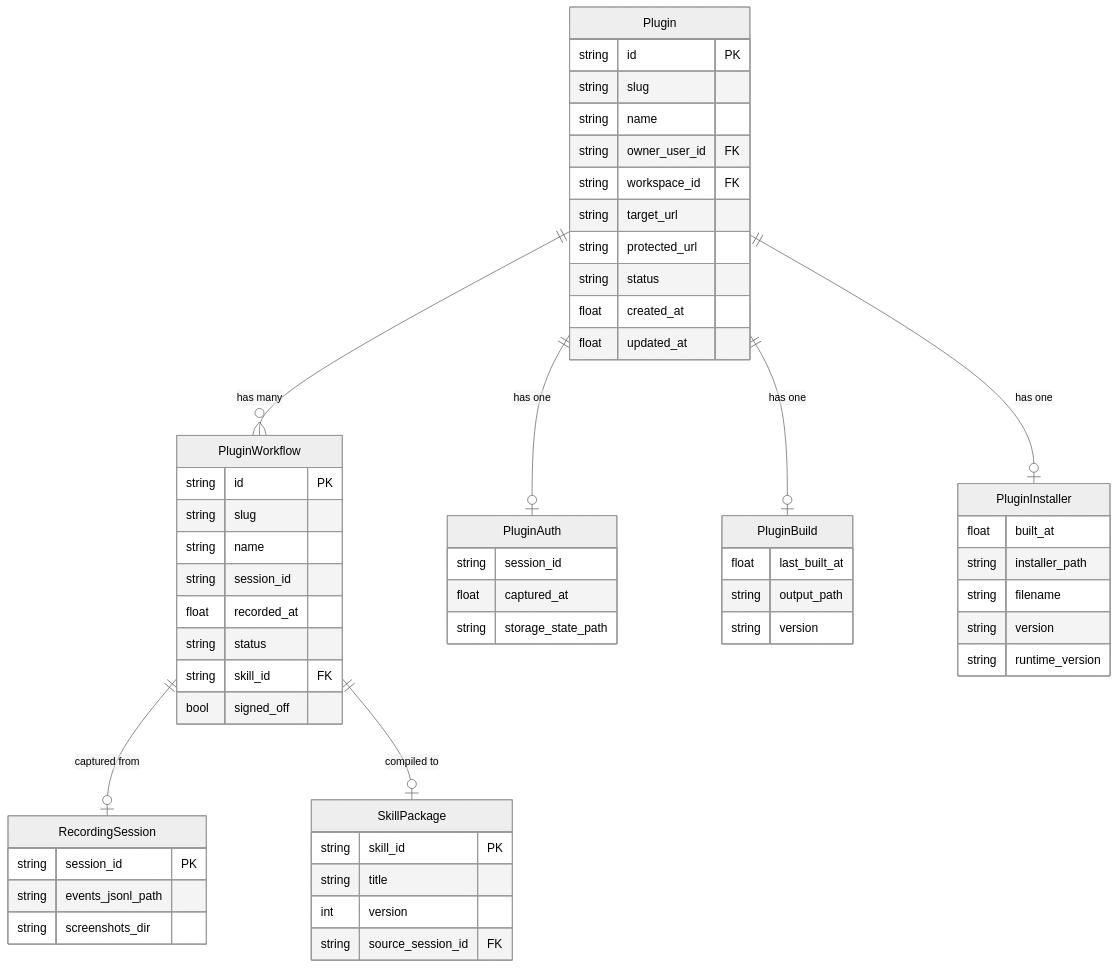
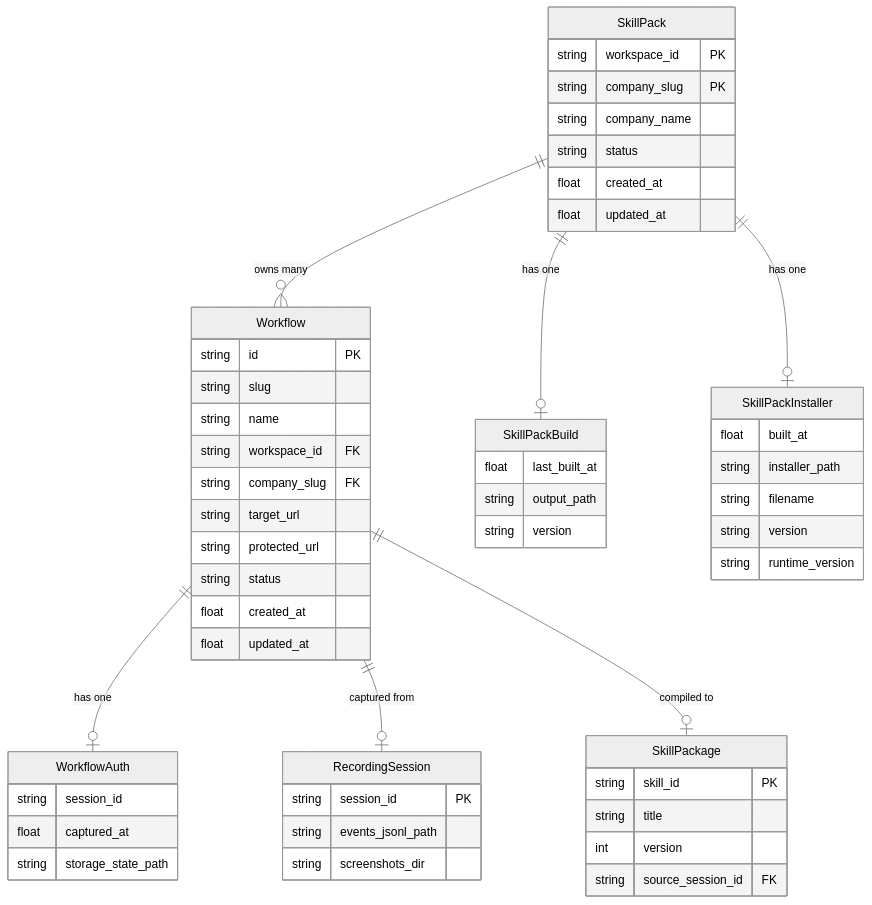
Before and after one commit to Cannonbold2412/CONXA: the first of 3 diagrams in docs/Backend-Schema.md, drawn with Mermaid (neutral theme). The commit also changed other lines of this file and 8 other files, not shown here.

First line of the commit message:
docs: update TRD/PRD/Backend-Schema/UI-UX-Brief for Workflow/SkillPack and pricing ladder

````diff
--- a/docs/Backend-Schema.md
+++ b/docs/Backend-Schema.md
@@ -1151,60 +1208,58 @@
 ```mermaid
 erDiagram
-    Plugin {
+    SkillPack {
+        string workspace_id PK
+        string company_slug PK
+        string company_name
+        string status
+        float created_at
+        float updated_at
+    }
+    Workflow {
         string id PK
         string slug
         string name
-        string owner_user_id FK
         string workspace_id FK
+        string company_slug FK
         string target_url
         string protected_url
         string status
         float created_at
         float updated_at
     }
-    PluginWorkflow {
-        string id PK
-        string slug
-        string name
-        string session_id
-        float recorded_at
-        string status
-        string skill_id FK
-        bool signed_off
-    }
-    PluginAuth {
+    WorkflowAuth {
         string session_id
         float captured_at
         string storage_state_path
     }
-    PluginBuild {
+    SkillPackBuild {
         float last_built_at
         string output_path
         string version
     }
-    PluginInstaller {
+    SkillPackInstaller {
         float built_at
         string installer_path
         string filename
         string version
         string runtime_version
     }
     RecordingSession {
         string session_id PK
         string events_jsonl_path
         string screenshots_dir
     }
     SkillPackage {
         string skill_id PK
         string title
         int version
         string source_session_id FK
     }
 
-    Plugin ||--o{ PluginWorkflow : "has many"
-    Plugin ||--o| PluginAuth : "has one"
-    Plugin ||--o| PluginBuild : "has one"
-    Plugin ||--o| PluginInstaller : "has one"
-    PluginWorkflow ||--o| RecordingSession : "captured from"
-    PluginWorkflow ||--o| SkillPackage : "compiled to"
+    SkillPack ||--o| SkillPackBuild : "has one"
+    SkillPack ||--o| SkillPackInstaller : "has one"
+    SkillPack ||--o{ Workflow : "owns many"
+    Workflow ||--o| WorkflowAuth : "has one"
+    Workflow ||--o| RecordingSession : "captured from"
+    Workflow ||--o| SkillPackage : "compiled to"
 ```
````
